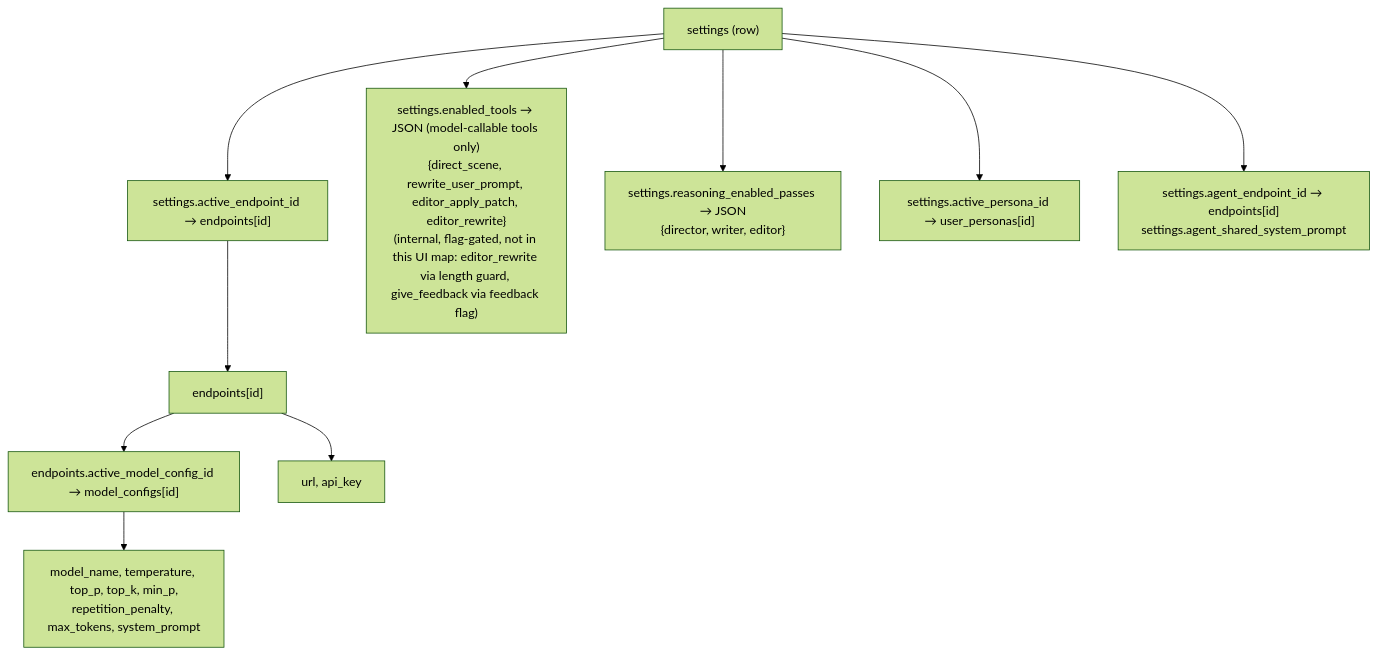
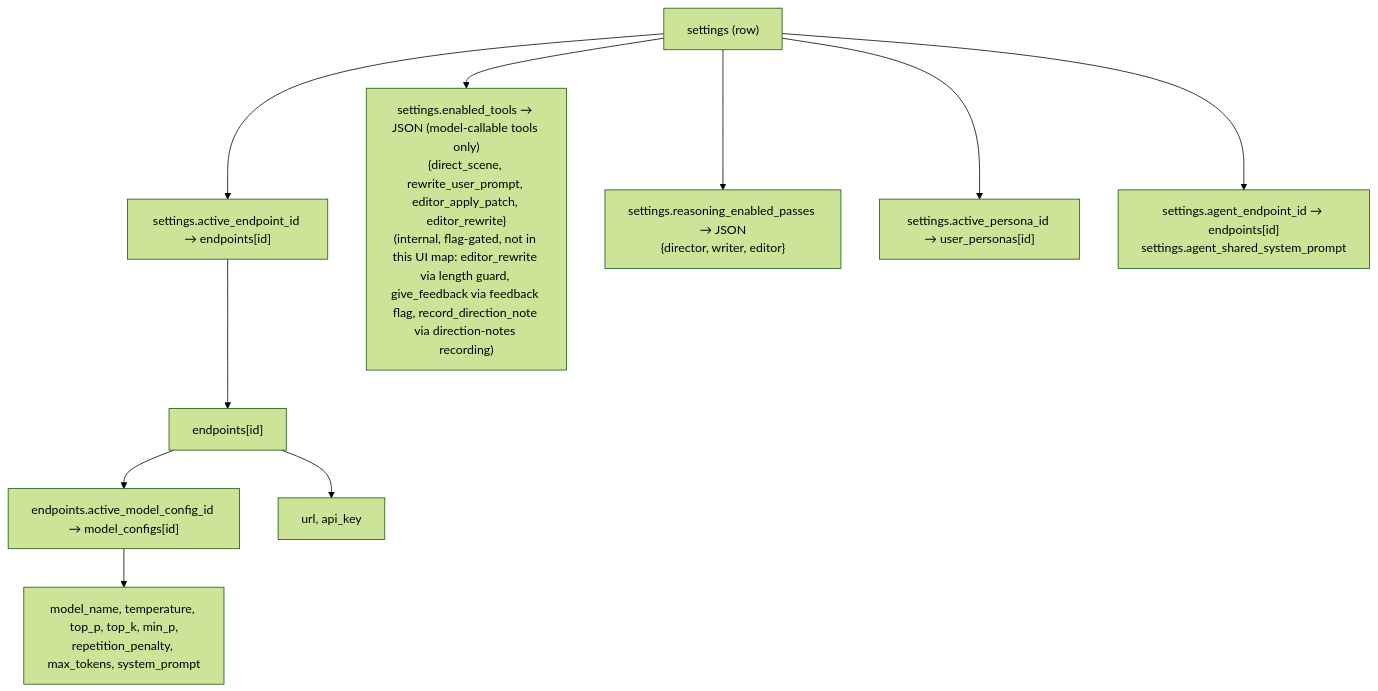
The fourth of 4 diagrams in AGENTS.md (hpnyaggerman/Orb), drawn with Mermaid (forest theme) before and after one commit. The commit also changed other lines of this file and 53 other files, not shown here.

````diff
--- a/AGENTS.md
+++ b/AGENTS.md
@@ -546,13 +557,13 @@
 ```mermaid
 flowchart TD
     settings["settings (row)"] --> active_endpoint["settings.active_endpoint_id → endpoints[id]"]
-    settings --> enabled_tools["settings.enabled_tools → JSON (model-callable tools only)<br/>{direct_scene, rewrite_user_prompt, editor_apply_patch, editor_rewrite}<br/>(internal, flag-gated, not in this UI map: editor_rewrite via length guard, give_feedback via feedback flag)"]
+    settings --> enabled_tools["settings.enabled_tools → JSON (model-callable tools only)<br/>{direct_scene, rewrite_user_prompt, editor_apply_patch, editor_rewrite}<br/>(internal, flag-gated, not in this UI map: editor_rewrite via length guard, give_feedback via feedback flag, record_direction_note via direction-notes recording)"]
     settings --> reasoning["settings.reasoning_enabled_passes → JSON<br/>{director, writer, editor}"]
     settings --> persona["settings.active_persona_id → user_personas[id]"]
     settings --> agent["settings.agent_endpoint_id → endpoints[id]<br/>settings.agent_shared_system_prompt"]
 
     active_endpoint --> endpoints["endpoints[id]"]
     endpoints --> model_config["endpoints.active_model_config_id → model_configs[id]"]
     endpoints --> api_details["url, api_key"]
     model_config --> params["model_name, temperature, top_p, top_k, min_p,<br/>repetition_penalty, max_tokens, system_prompt"]
 ```
````
